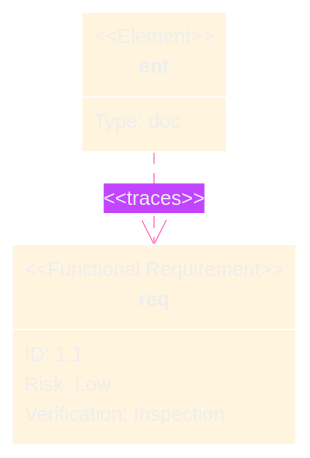
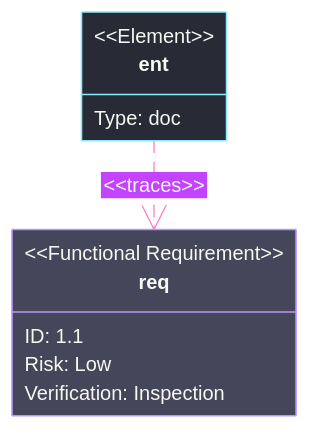
Before and after one commit to bsamiee/Rasm: the fourth of 25 diagrams in .claude/skills/mermaid-diagramming/references/syntax-extended.md, drawn with Mermaid. The commit also changed other lines of this file and 50 other files, not shown here.

````diff
--- a/.claude/skills/mermaid-diagramming/references/syntax-extended.md
+++ b/.claude/skills/mermaid-diagramming/references/syntax-extended.md
@@ -110,29 +113,37 @@
 ```mermaid
 ---
 config:
   theme: base
+  look: classic
+  htmlLabels: false
   themeVariables:
     darkMode: true
     fontFamily: "SF Mono, Menlo, Cascadia Mono, Segoe UI Mono, Consolas, monospace"
+    useGradient: false
+    dropShadow: "none"
     textColor: "#F8F8F2"
     requirementBackground: "#44475A"
     requirementBorderColor: "#BD93F9"
     requirementTextColor: "#F8F8F2"
     relationColor: "#FF79C6"
     relationLabelColor: "#F8F8F2"
-    relationLabelBackground: "#44475A"
+    relationLabelBackground: "#21222C"
 ---
 requirementDiagram
   accTitle: Requirement trace demo
   accDescr: One document element satisfying and tracing a functional requirement.
   functionalRequirement req {
     id: 1.1
     risk: Low
     verifymethod: Inspection
   }
   element ent {
     type: doc
   }
   ent - satisfies -> req
   req <- traces - ent
+  classDef primary fill:#44475A,stroke:#BD93F9,color:#F8F8F2
+  classDef external fill:#282A36,stroke:#8BE9FD,color:#F8F8F2
+  class req primary
+  class ent external
 ```
````
